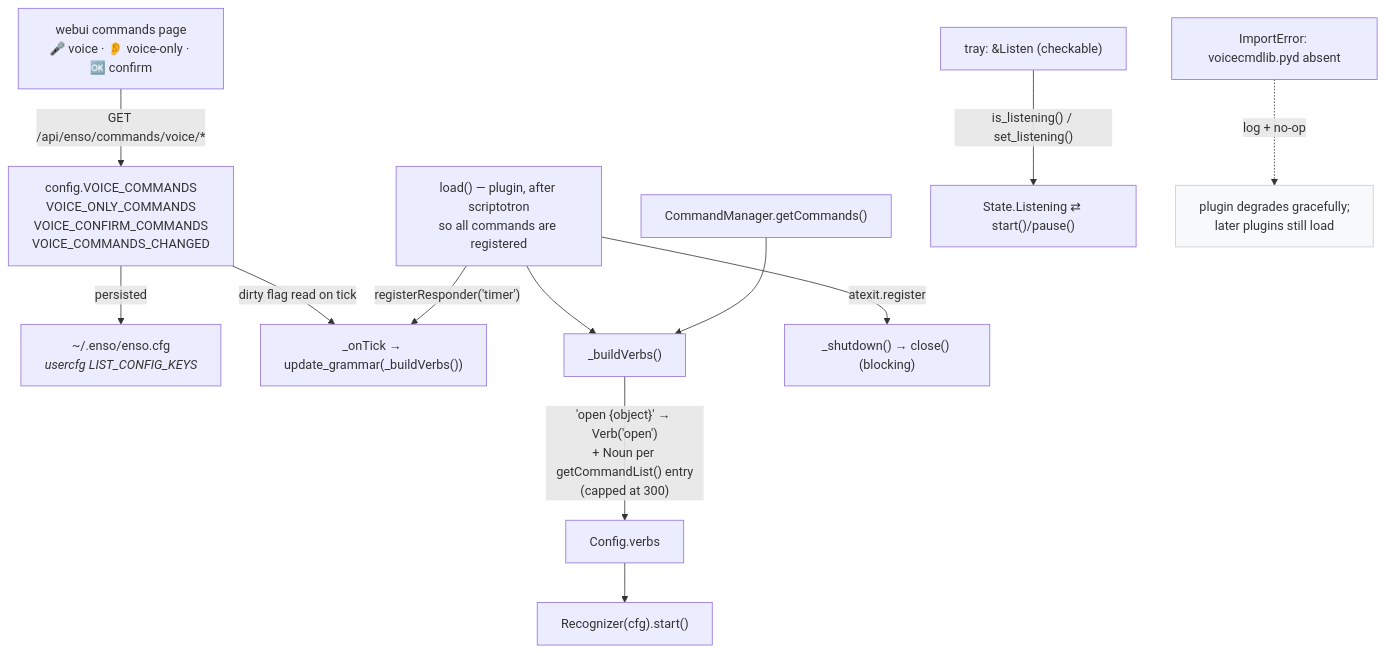
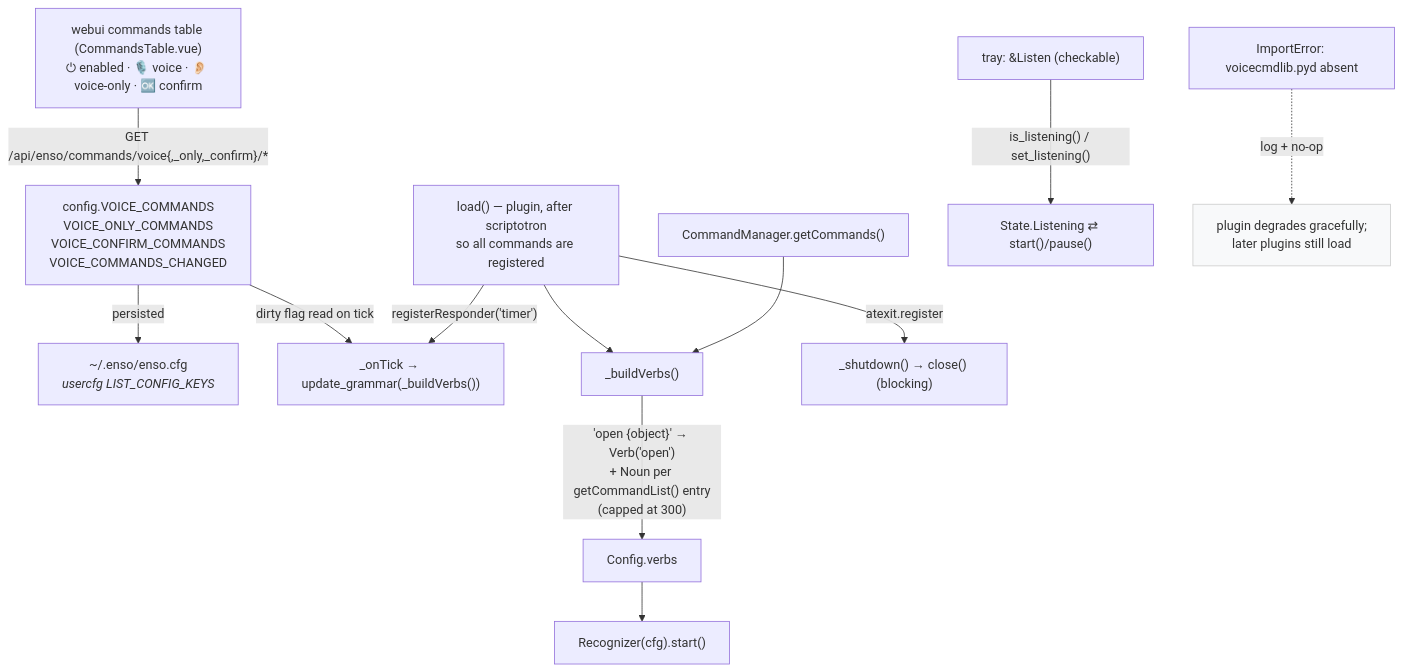
One commit to GChristensen/enso-portable changed the tenth of 11 diagrams in platform/win32/VoiceCmd/readme.md. Above: the diagram before and after it, drawn with Mermaid. The commit also changed other lines of this file and 4 other files, not shown here.

````diff
--- a/platform/win32/VoiceCmd/readme.md
+++ b/platform/win32/VoiceCmd/readme.md
@@ -581,19 +625,19 @@
 ```mermaid
 graph TB
-    WEBUI["webui commands page<br/>🎤 voice · 👂 voice-only · 🆗 confirm"] -->|"GET /api/enso/commands/voice/*"| CFG["config.VOICE_COMMANDS<br/>VOICE_ONLY_COMMANDS<br/>VOICE_CONFIRM_COMMANDS<br/>VOICE_COMMANDS_CHANGED"]
+    WEBUI["webui commands table (CommandsTable.vue)<br/>⏻ enabled · 🎙️ voice · 👂🏻 voice-only · 🆗 confirm"] -->|"GET /api/enso/commands/voice{,_only,_confirm}/*"| CFG["config.VOICE_COMMANDS<br/>VOICE_ONLY_COMMANDS<br/>VOICE_CONFIRM_COMMANDS<br/>VOICE_COMMANDS_CHANGED"]
     CFG -->|"persisted"| USERCFG["~/.enso/enso.cfg<br/><i>usercfg LIST_CONFIG_KEYS</i>"]
     CFG -->|"dirty flag read on tick"| TICK["_onTick → update_grammar(_buildVerbs())"]
 
     LOAD["load() — plugin, after scriptotron<br/>so all commands are registered"] --> BV["_buildVerbs()"]
     CMDS["CommandManager.getCommands()"] --> BV
     BV -->|"'open {object}' → Verb('open')<br/>+ Noun per getCommandList() entry<br/>(capped at 300)"| GRAM["Config.verbs"]
     GRAM --> REC["Recognizer(cfg).start()"]
     LOAD -->|"atexit.register"| SD["_shutdown() → close() (blocking)"]
     LOAD -->|"registerResponder('timer')"| TICK
 
     TRAY["tray: &Listen (checkable)"] -->|"is_listening() / set_listening()"| API["State.Listening ⇄ start()/pause()"]
 
     MISSING["ImportError: voicecmdlib.pyd absent"] -.->|"log + no-op"| DEGRADE["plugin degrades gracefully;<br/>later plugins still load"]
 
     style DEGRADE fill:#f8f9fa,stroke:#ccc
 ```
````
